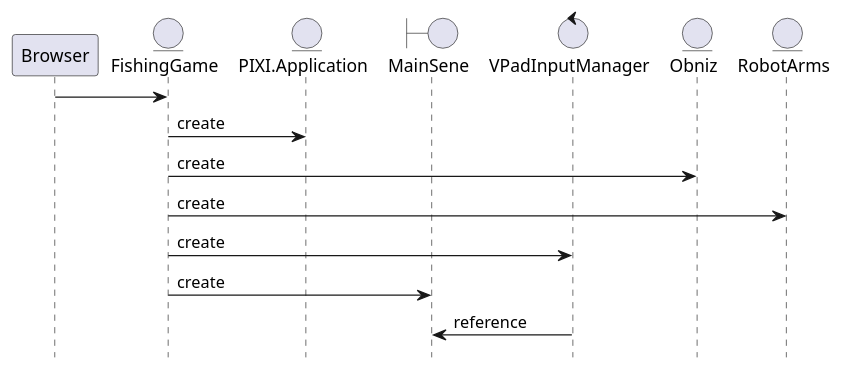
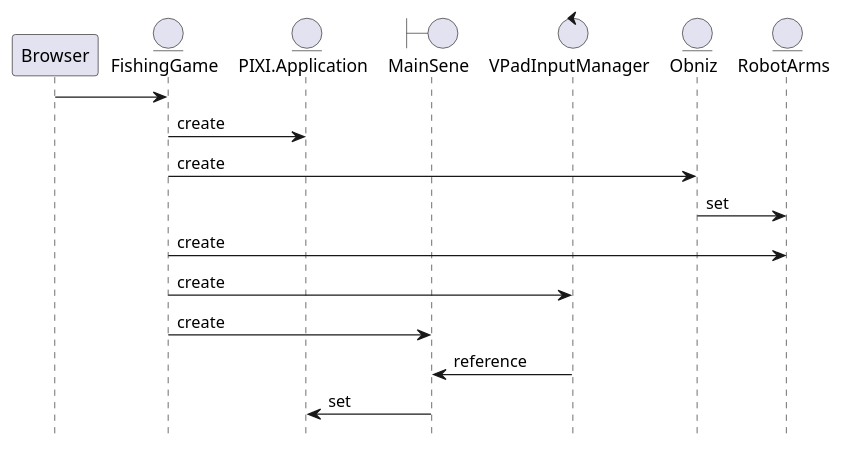
One commit to nakagawa-takayoshi/FishingGame changed the first of 2 diagrams in documents/設計書.md. Above: the diagram before and after it, drawn with PlantUML. The commit also changed other lines of this file, not shown here.

```diff
--- a/documents/設計書.md
+++ b/documents/設計書.md
@@ -10,34 +10,36 @@
 ~~~plantuml
 
 @startuml
 
 hide footbox
 
 participant "Browser" as  browser
 entity FishingGame
 entity PIXI.Application
 boundary MainSene
 control VPadInputManager
 entity Obniz
 entity RobotArms
 
 
 browser -> FishingGame
 
 FishingGame -> PIXI.Application : create
 
 FishingGame -> Obniz : create
 
+Obniz -> RobotArms: set
 FishingGame -> RobotArms : create
 
 FishingGame -> VPadInputManager : create
 
 
 FishingGame -> MainSene : create
 
 VPadInputManager -> MainSene : reference
 
+MainSene -> PIXI.Application : set
 
 @enduml
 
 ~~~
```
